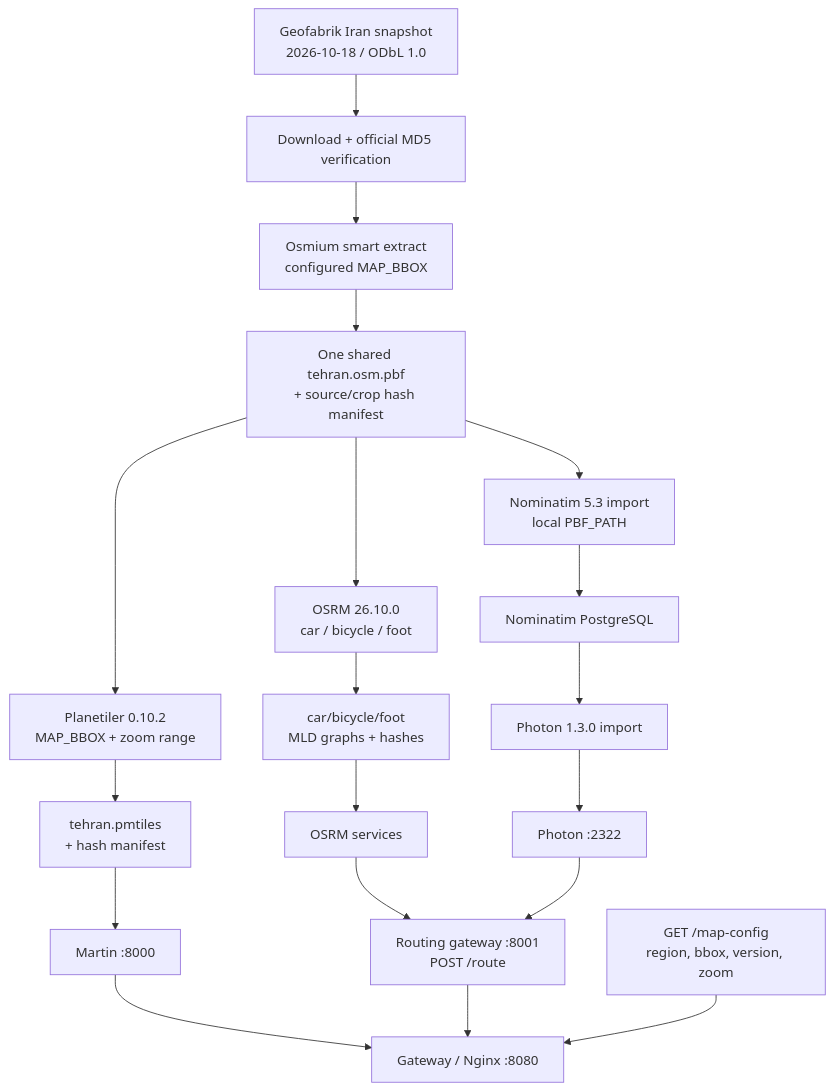
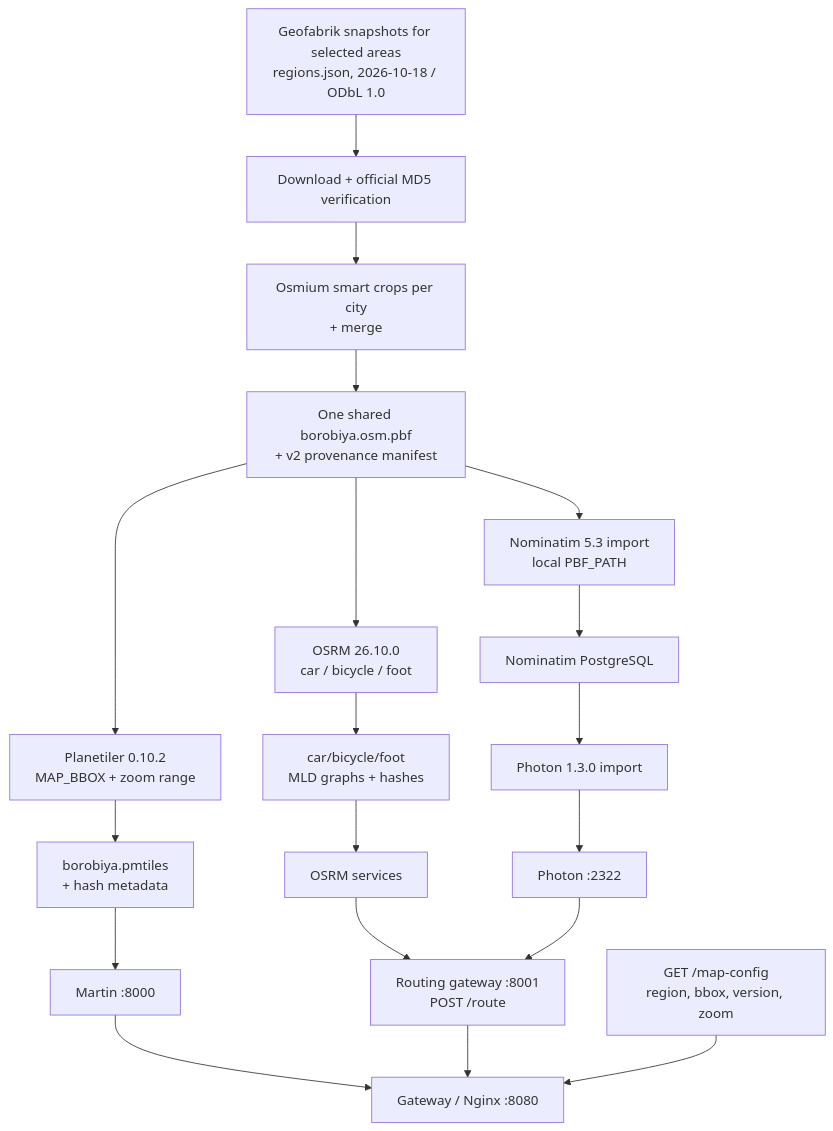
One commit to komeilm76/borobiya changed the first of 3 diagrams in docs/DIAGRAMS/MAP_PIPELINE.md. Above: the diagram before and after it, drawn with Mermaid. The commit also changed other lines of this file and 37 other files, not shown here.

````diff
--- a/docs/DIAGRAMS/MAP_PIPELINE.md
+++ b/docs/DIAGRAMS/MAP_PIPELINE.md
@@ -9,22 +9,22 @@
 ```mermaid
 flowchart TD
-  A[Geofabrik Iran snapshot<br/>2026-10-18 / ODbL 1.0]
+  A[Geofabrik snapshots for selected areas<br/>regions.json, 2026-10-18 / ODbL 1.0]
   A --> B[Download + official MD5 verification]
-  B --> C[Osmium smart extract<br/>configured MAP_BBOX]
-  C --> D[One shared tehran.osm.pbf<br/>+ source/crop hash manifest]
+  B --> C[Osmium smart crops per city<br/>+ merge]
+  C --> D[One shared borobiya.osm.pbf<br/>+ v2 provenance manifest]
   D --> E1[Planetiler 0.10.2<br/>MAP_BBOX + zoom range]
   D --> E2[OSRM 26.10.0<br/>car / bicycle / foot]
   D --> E3[Nominatim 5.3 import<br/>local PBF_PATH]
-  E1 --> F1[tehran.pmtiles<br/>+ hash manifest]
+  E1 --> F1[borobiya.pmtiles<br/>+ hash metadata]
   E2 --> F2[car/bicycle/foot<br/>MLD graphs + hashes]
   E3 --> G1[Nominatim PostgreSQL]
   G1 --> G2[Photon 1.3.0 import]
   F1 --> H[Martin :8000]
   F2 --> I[OSRM services]
   G2 --> J[Photon :2322]
   H --> K[Gateway / Nginx :8080]
   I --> L[Routing gateway :8001<br/>POST /route]
   J --> L
   L --> K
   M[GET /map-config<br/>region, bbox, version, zoom] --> K
 ```
````
